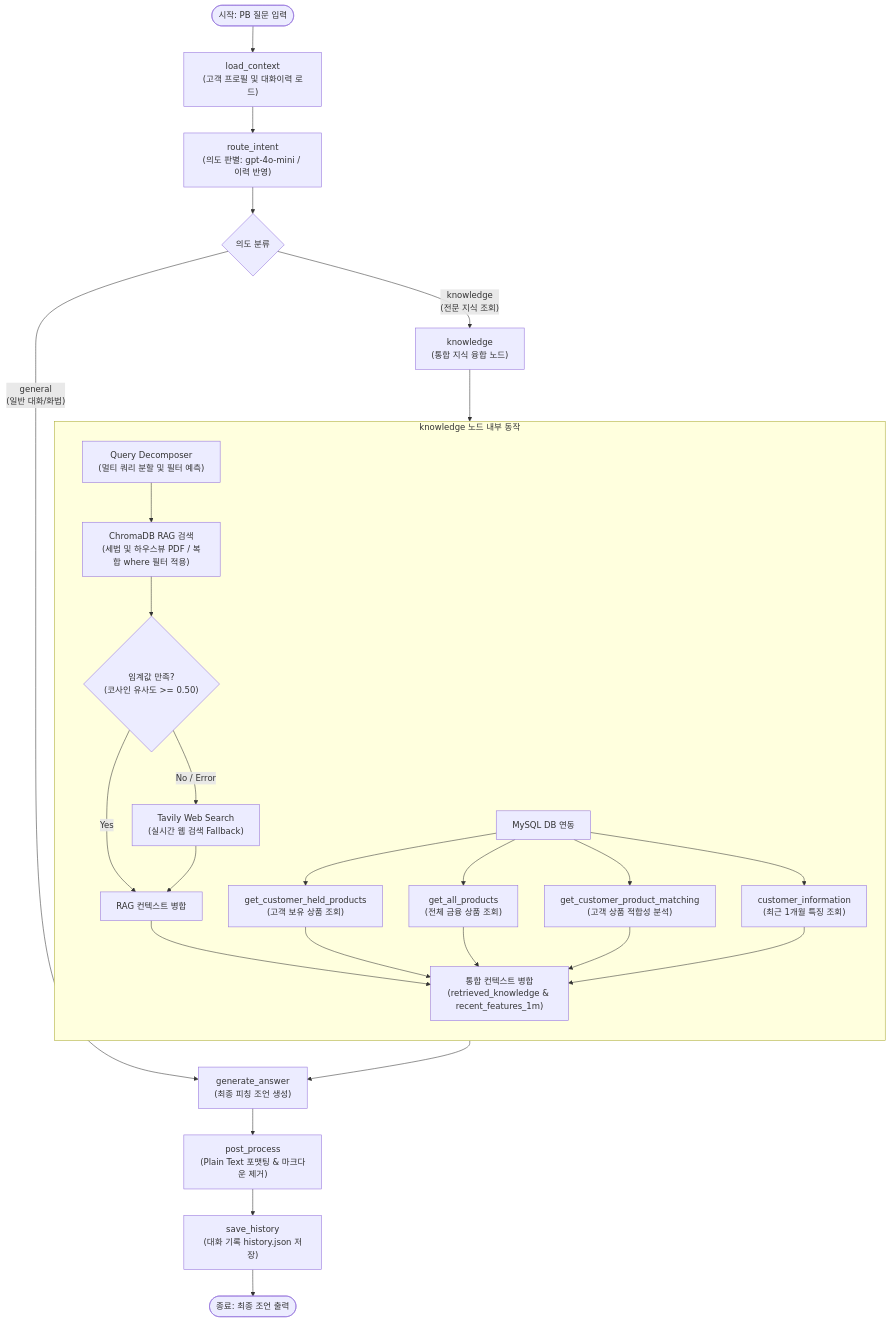
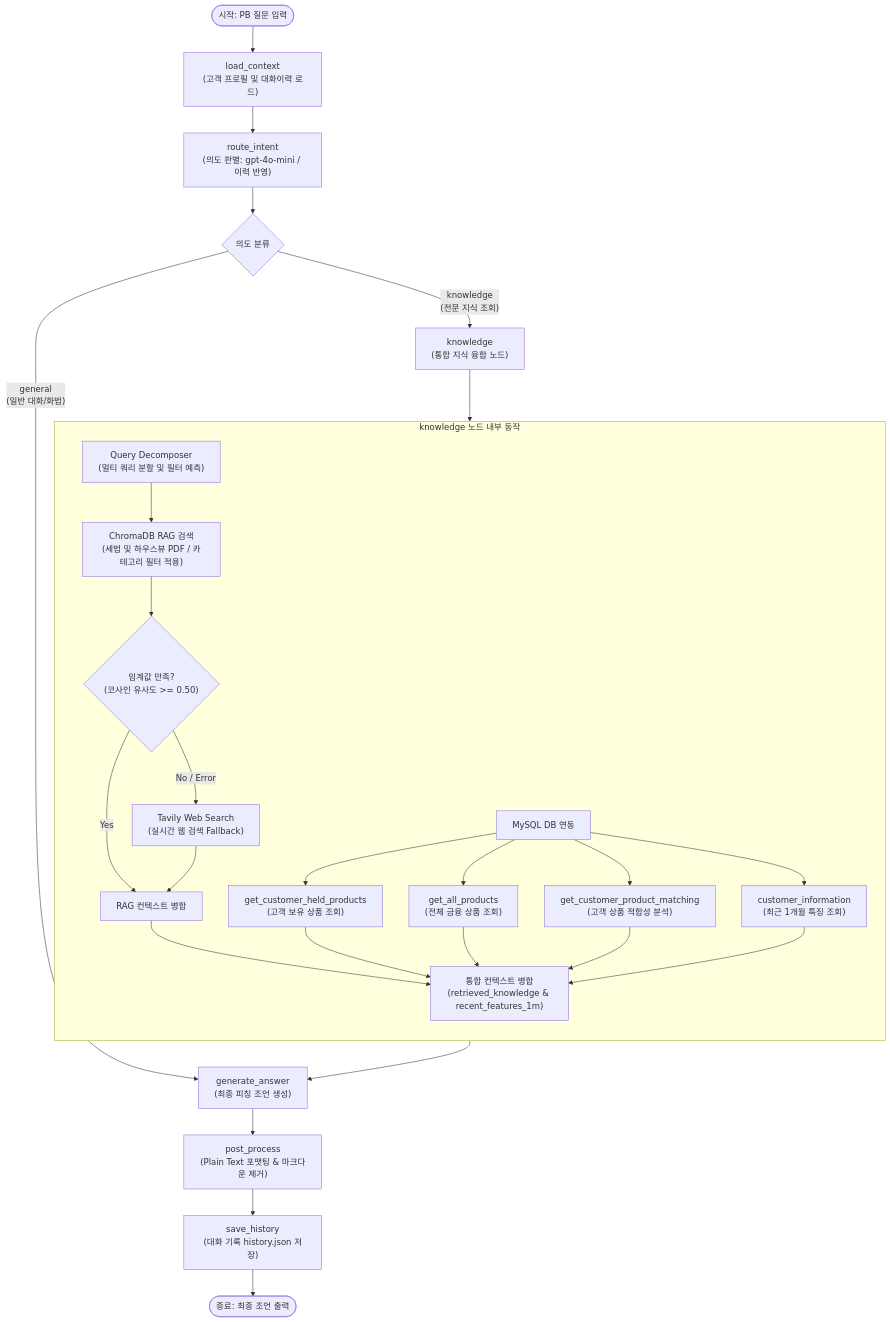
Before and after one commit to PoomSaengPoomSa/POOM-AI: the first of 2 diagrams in agent/simulator/explain.md, drawn with Mermaid. The commit also changed other lines of this file and 5 other files, not shown here.

````diff
--- a/agent/simulator/explain.md
+++ b/agent/simulator/explain.md
@@ -32,35 +32,35 @@
 ```mermaid
 flowchart TD
     Start([시작: PB 질문 입력]) --> Node1["load_context<br>(고객 프로필 및 대화이력 로드)"]
     Node1 --> Node2["route_intent<br>(의도 판별: gpt-4o-mini / 이력 반영)"]
     Node2 --> Edge1{"의도 분류"}
     
     Edge1 -- "general<br>(일반 대화/화법)" --> Node4["generate_answer<br>(최종 피칭 조언 생성)"]
     Edge1 -- "knowledge<br>(전문 지식 조회)" --> Node3["knowledge<br>(통합 지식 융합 노드)"]
     
     subgraph knowledge_node [knowledge 노드 내부 동작]
         direction TB
-        QD["Query Decomposer<br>(멀티 쿼리 분할 및 필터 예측)"] --> K1["ChromaDB RAG 검색<br>(세법 및 하우스뷰 PDF / 복합 where 필터 적용)"]
+        QD["Query Decomposer<br>(멀티 쿼리 분할 및 필터 예측)"] --> K1["ChromaDB RAG 검색<br>(세법 및 하우스뷰 PDF / 카테고리 필터 적용)"]
         K1 --> K2{"임계값 만족?<br>(코사인 유사도 >= 0.50)"}
         K2 -- No / Error --> K3["Tavily Web Search<br>(실시간 웹 검색 Fallback)"]
         K2 -- Yes --> K4["RAG 컨텍스트 병합"]
         K3 --> K4
         
         DB1["MySQL DB 연동"] --> DB2["get_customer_held_products<br>(고객 보유 상품 조회)"]
         DB1 --> DB3["get_all_products<br>(전체 금융 상품 조회)"]
         DB1 --> DB4["get_customer_product_matching<br>(고객 상품 적합성 분석)"]
         DB1 --> DB5["customer_information<br>(최근 1개월 특징 조회)"]
         
         K4 --> Merge["통합 컨텍스트 병합<br>(retrieved_knowledge & recent_features_1m)"]
         DB2 --> Merge
         DB3 --> Merge
         DB4 --> Merge
         DB5 --> Merge
     end
     
     Node3 --> knowledge_node
     Merge --> Node4
     Node4 --> Node5["post_process<br>(Plain Text 포맷팅 & 마크다운 제거)"]
     Node5 --> Node6["save_history<br>(대화 기록 history.json 저장)"]
     Node6 --> End([종료: 최종 조언 출력])
 ```
````
